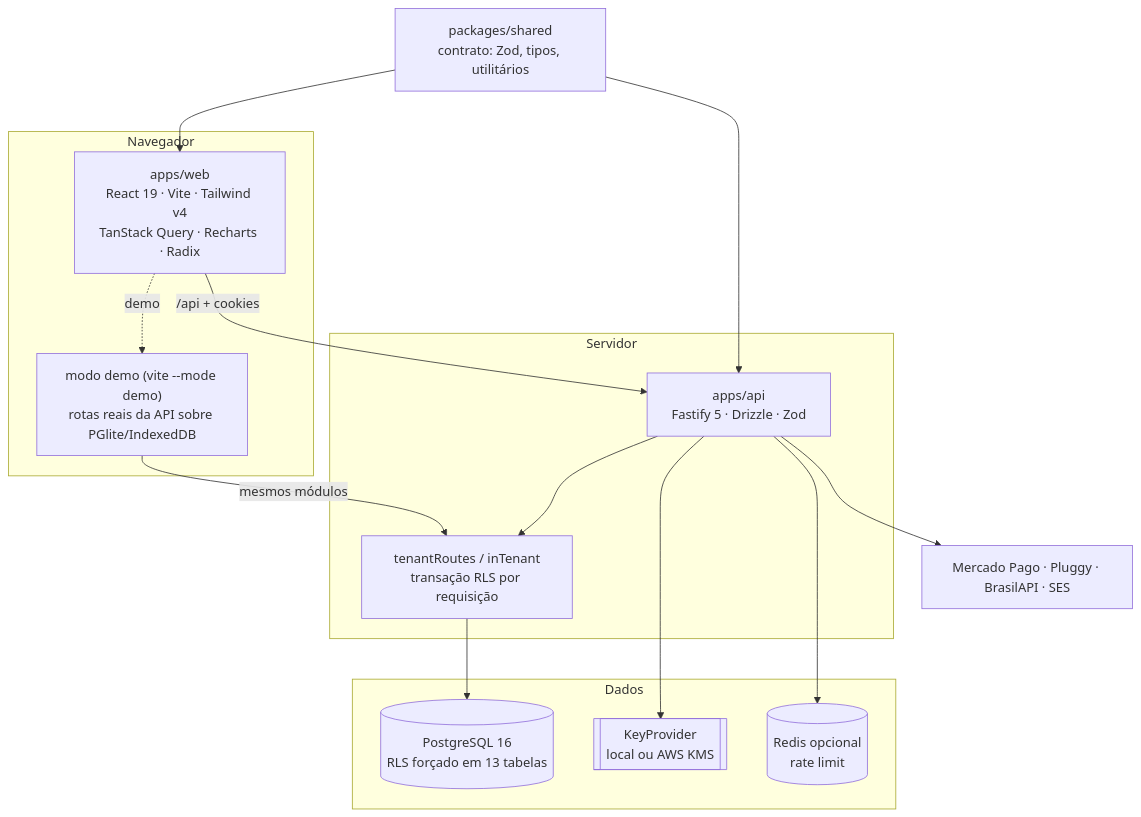
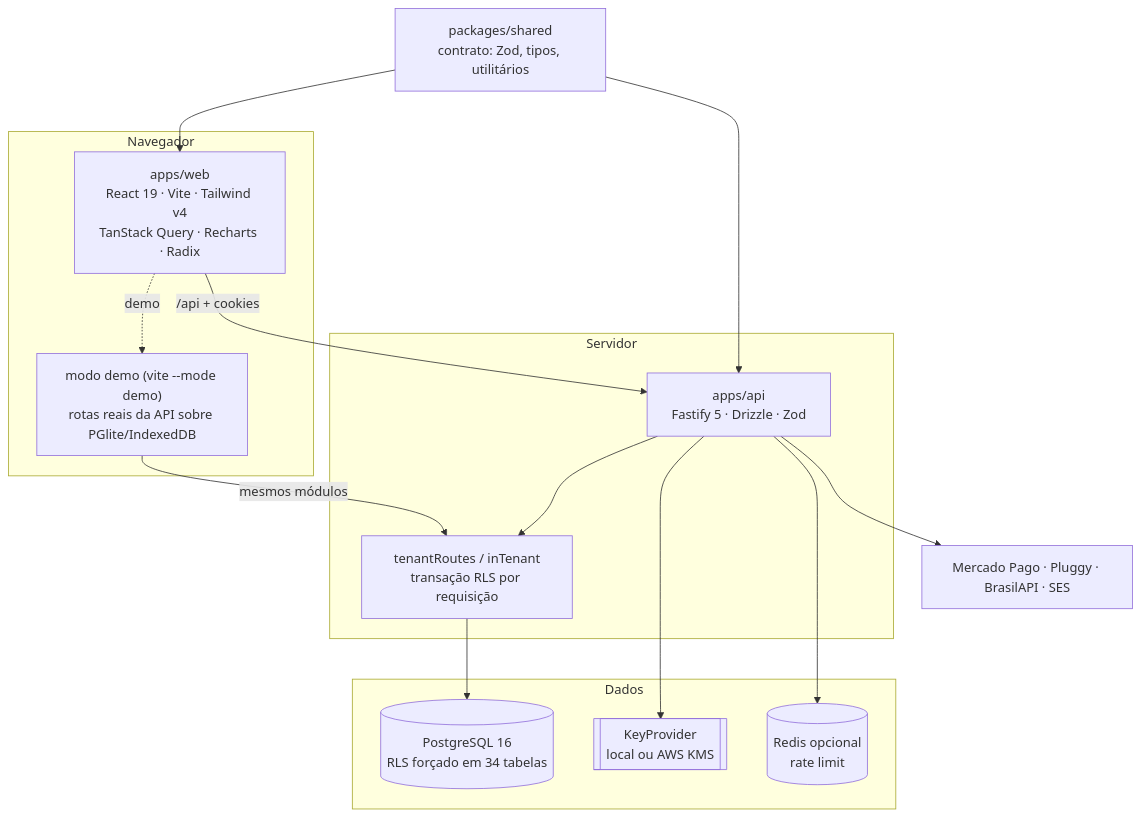
Before and after one commit to israelxcosta/efficio: the first of 2 diagrams in sistema/docs/CODEBASE_MAP.md, drawn with Mermaid. The commit also changed other lines of this file and 2 other files, not shown here.

````diff
--- a/sistema/docs/CODEBASE_MAP.md
+++ b/sistema/docs/CODEBASE_MAP.md
@@ -23,28 +23,28 @@
 ```mermaid
 graph TB
     subgraph Navegador
         Web["apps/web<br/>React 19 · Vite · Tailwind v4<br/>TanStack Query · Recharts · Radix"]
         Demo["modo demo (vite --mode demo)<br/>rotas reais da API sobre PGlite/IndexedDB"]
     end
     subgraph Servidor
         API["apps/api<br/>Fastify 5 · Drizzle · Zod"]
         Tenant["tenantRoutes / inTenant<br/>transação RLS por requisição"]
     end
     subgraph Dados
-        PG[("PostgreSQL 16<br/>RLS forçado em 13 tabelas")]
+        PG[("PostgreSQL 16<br/>RLS forçado em 34 tabelas")]
         KMS[["KeyProvider<br/>local ou AWS KMS"]]
         Redis[("Redis opcional<br/>rate limit")]
     end
     Shared["packages/shared<br/>contrato: Zod, tipos, utilitários"]
     Ext["Mercado Pago · Pluggy · BrasilAPI · SES"]
 
     Web -->|"/api + cookies"| API
     Web -.->|demo| Demo
     Demo -->|mesmos módulos| Tenant
     API --> Tenant --> PG
     API --> KMS
     API --> Redis
     API --> Ext
     Shared --> Web
     Shared --> API
 ```
````
